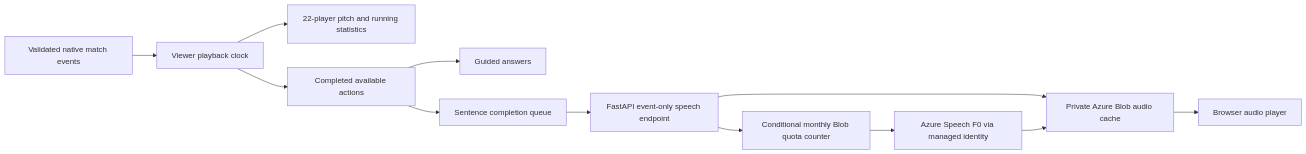
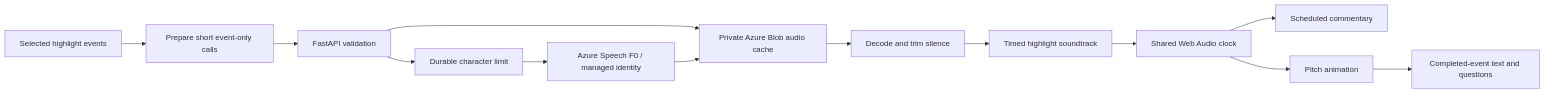
The diagram in docs/live-companion.md (Haydnlee31/CounterPress), drawn with Mermaid before and after one commit. The commit also changed other lines of this file and 19 other files, not shown here.

Commit message:
Synchronize highlight commentary and pitch on a shared audio clock (#46)

````diff
--- a/docs/live-companion.md
+++ b/docs/live-companion.md
@@ -111,14 +40,15 @@
 ```mermaid
 flowchart LR
-  Feed[Validated native match events] --> Clock[Viewer playback clock]
-  Clock --> Pitch[22-player pitch and running statistics]
-  Clock --> Evidence[Completed available actions]
-  Evidence --> Questions[Guided answers]
-  Evidence --> Queue[Sentence completion queue]
-  Queue --> API[FastAPI event-only speech endpoint]
+  Events[Selected highlight events] --> Prepare[Prepare short event-only calls]
+  Prepare --> API[FastAPI validation]
   API --> Cache[Private Azure Blob audio cache]
-  API --> Budget[Conditional monthly Blob quota counter]
-  Budget --> Speech[Azure Speech F0 via managed identity]
+  API --> Budget[Durable character limit]
+  Budget --> Speech[Azure Speech F0 / managed identity]
   Speech --> Cache
-  Cache --> Audio[Browser audio player]
+  Cache --> Decode[Decode and trim silence]
+  Decode --> Plan[Timed highlight soundtrack]
+  Plan --> Clock[Shared Web Audio clock]
+  Clock --> Audio[Scheduled commentary]
+  Clock --> Pitch[Pitch animation]
+  Pitch --> Evidence[Completed-event text and questions]
 ```
````
